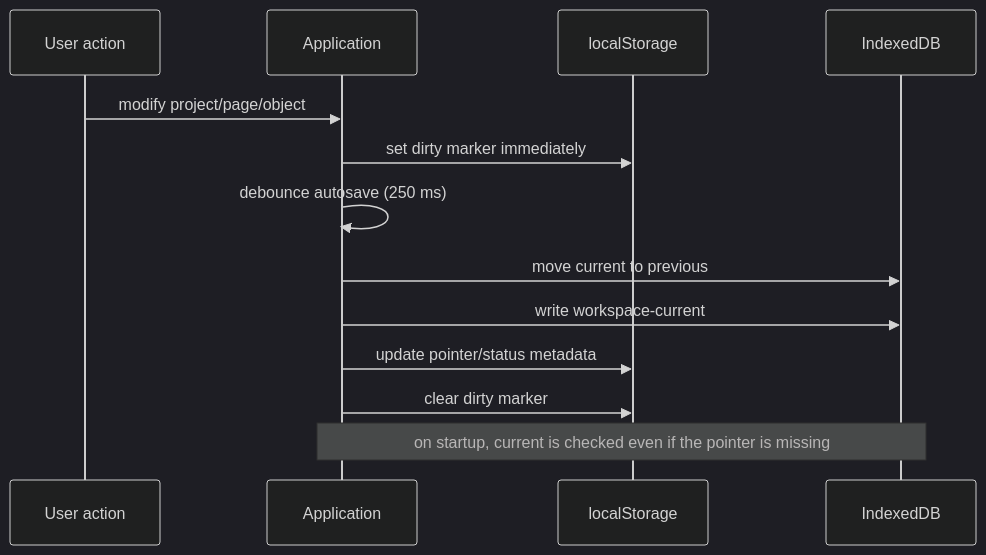
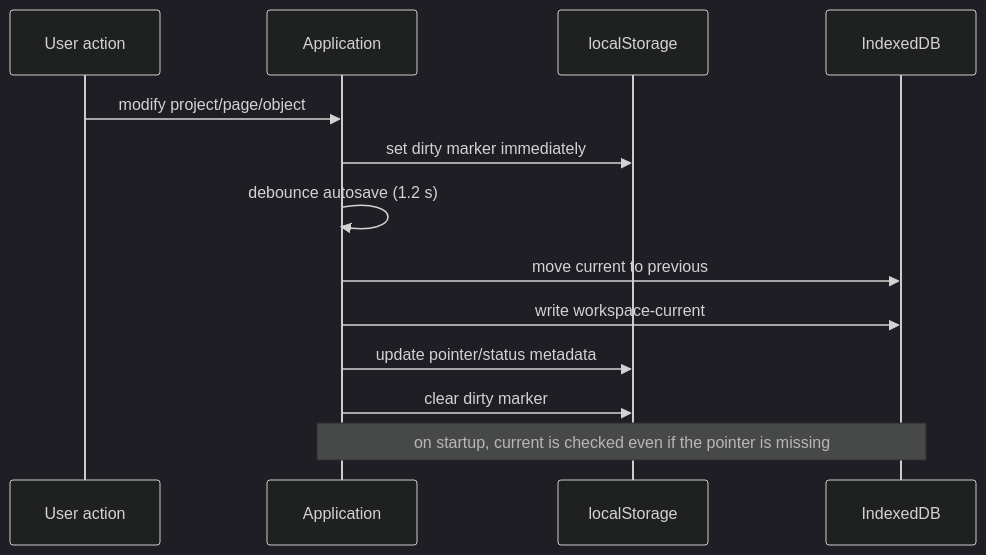
One commit to n3me5is-git/chicCanva changed the third of 3 diagrams in docs/TECHNICAL_ARCHITECTURE.md. Above: the diagram before and after it, drawn with Mermaid (dark theme). The commit also changed other lines of this file and 34 other files, not shown here.

````diff
--- a/docs/TECHNICAL_ARCHITECTURE.md
+++ b/docs/TECHNICAL_ARCHITECTURE.md
@@ -197,15 +208,15 @@
 ```mermaid
 sequenceDiagram
     participant U as User action
     participant A as Application
     participant L as localStorage
     participant I as IndexedDB
     U->>A: modify project/page/object
     A->>L: set dirty marker immediately
-    A->>A: debounce autosave (250 ms)
+    A->>A: debounce autosave (1.2 s)
     A->>I: move current to previous
     A->>I: write workspace-current
     A->>L: update pointer/status metadata
     A->>L: clear dirty marker
     Note over A,I: on startup, current is checked even if the pointer is missing
 ```
````
